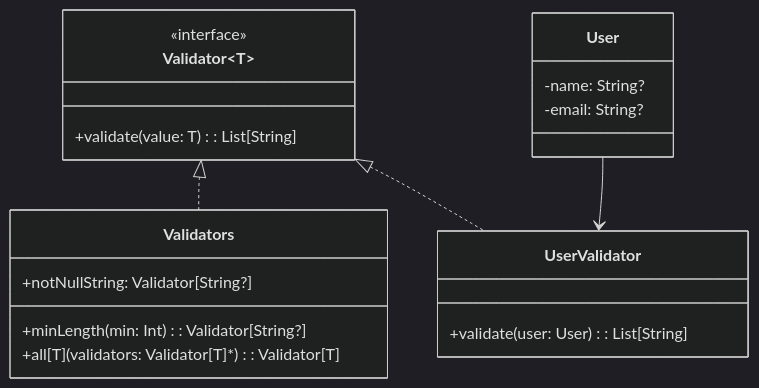
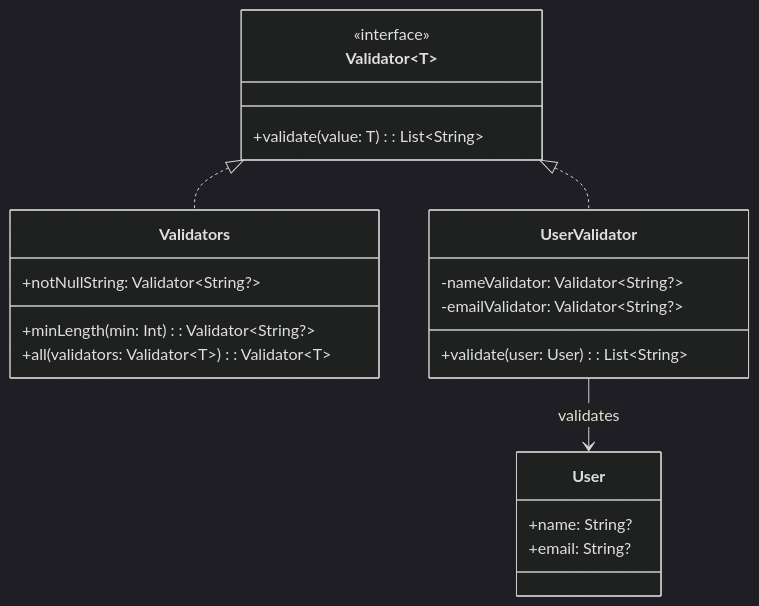
The diagram in kotlin/validation-framework/README.md (rbleggi/tech-pocs), drawn with Mermaid (dark theme) before and after one commit. The commit also changed other lines of this file and 2 other files, not shown here.

````diff
--- a/kotlin/validation-framework/README.md
+++ b/kotlin/validation-framework/README.md
@@ -28,28 +20,30 @@
 ```mermaid
 classDiagram
     direction TB
 
     class Validator~T~ {
         <<interface>>
-        +validate(value: T): List[String]
+        +validate(value: T): List~String~
     }
 
     class User {
-        -name: String?
-        -email: String?
+        +name: String?
+        +email: String?
     }
 
     class Validators {
-        +notNullString: Validator[String?]
-        +minLength(min: Int): Validator[String?]
-        +all[T](validators: Validator[T]*): Validator[T]
+        +notNullString: Validator~String?~
+        +minLength(min: Int): Validator~String?~
+        +all(validators: Validator~T~): Validator~T~
     }
 
     class UserValidator {
-        +validate(user: User): List[String]
+        -nameValidator: Validator~String?~
+        -emailValidator: Validator~String?~
+        +validate(user: User): List~String~
     }
 
     Validator~T~ <|.. Validators
     Validator~T~ <|.. UserValidator
-    User --> UserValidator
+    UserValidator --> User: validates
 ```
````
